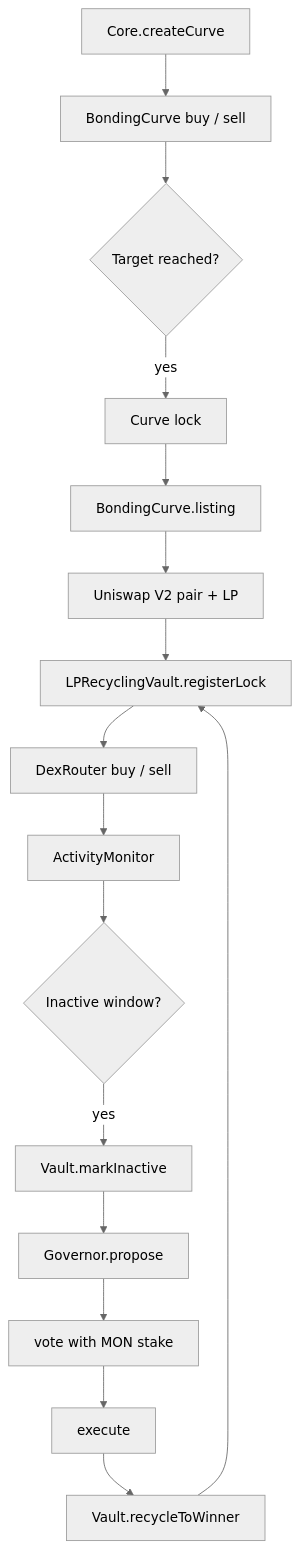
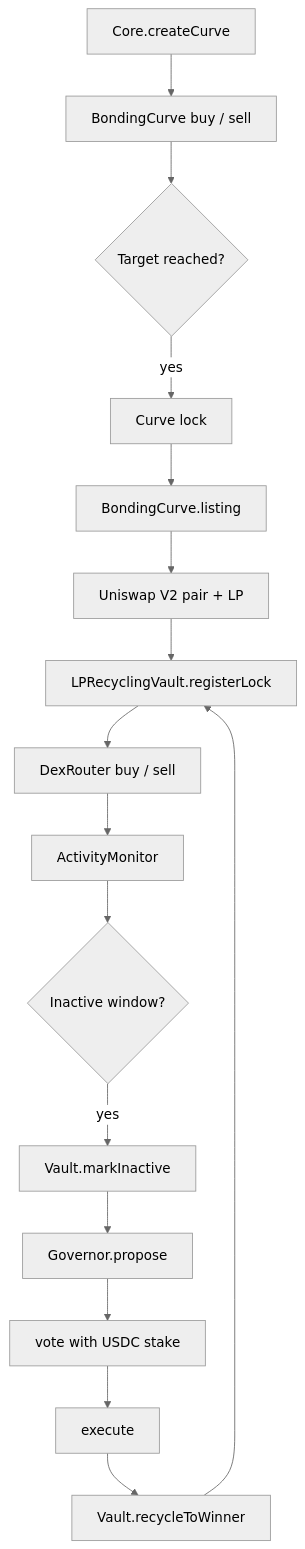
One commit to Kali-Decoder/Zuno changed the second of 3 diagrams in README.md. Above: the diagram before and after it, drawn with Mermaid (neutral theme). The commit also changed other lines of this file and 9 other files, not shown here.

````diff
--- a/README.md
+++ b/README.md
@@ -68,18 +68,18 @@
 ```mermaid
 flowchart TD
   A[Core.createCurve] --> B[BondingCurve buy / sell]
   B --> C{Target reached?}
   C -->|yes| D[Curve lock]
   D --> E[BondingCurve.listing]
   E --> F[Uniswap V2 pair + LP]
   F --> G[LPRecyclingVault.registerLock]
   G --> H[DexRouter buy / sell]
   H --> I[ActivityMonitor]
   I --> J{Inactive window?}
   J -->|yes| K[Vault.markInactive]
   K --> L[Governor.propose]
-  L --> M[vote with MON stake]
+  L --> M[vote with USDC stake]
   M --> N[execute]
   N --> O[Vault.recycleToWinner]
   O --> G
 ```
````
